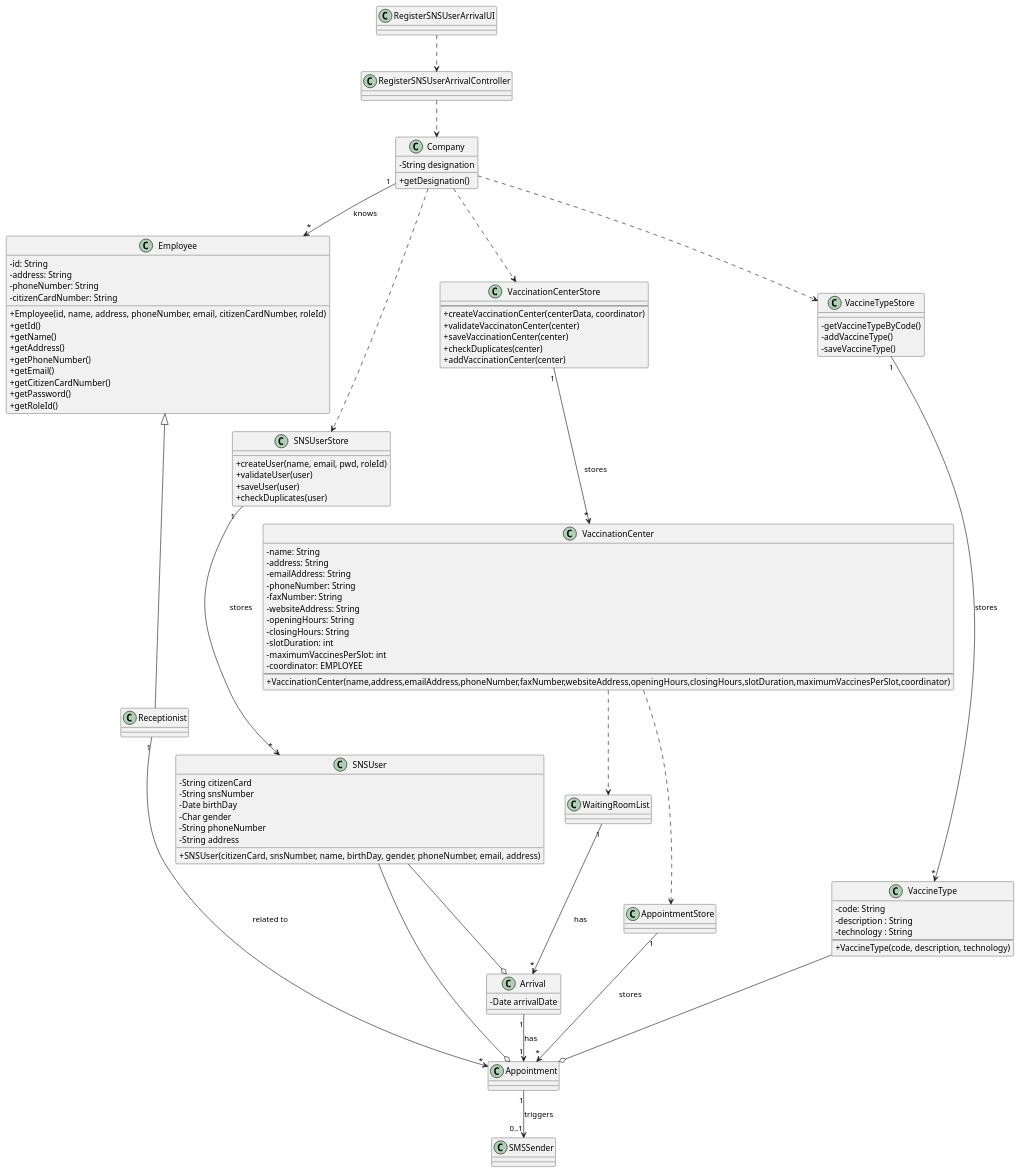
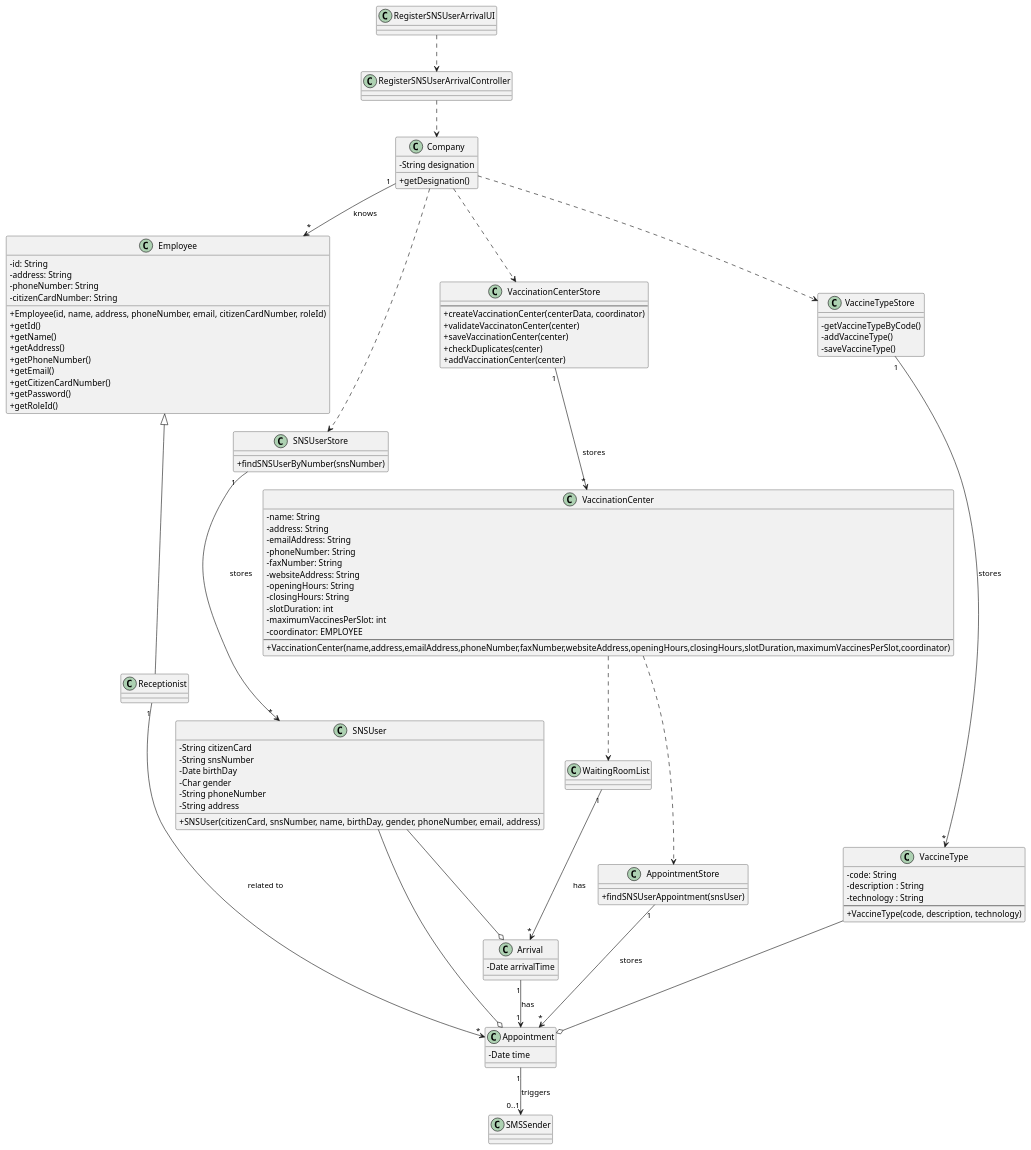
The diagram in docs/SprintC/US04/CD/US04_CD.puml (miseEnPlace-i/lapr2), drawn with PlantUML before and after one commit. The commit also changed 3 other files, not shown here.

```diff
--- a/docs/SprintC/US04/CD/US04_CD.puml
+++ b/docs/SprintC/US04/CD/US04_CD.puml
@@ -1,137 +1,138 @@
 @startuml US04_CD
 skinparam classAttributeIconSize 0
 
-class Appointment {}
+class Appointment {
+  - Date time
+}
 
-class AppointmentStore {}
+class AppointmentStore {
+  + findSNSUserAppointment(snsUser)
+}
 
 class Arrival {
-  - Date arrivalDate
+  - Date arrivalTime
 }
 
 class Company {
   - String designation
   + getDesignation()
 }
 
 class Employee {
   - id: String
   - address: String
   - phoneNumber: String
   - citizenCardNumber: String
   + Employee(id, name, address, phoneNumber, email, citizenCardNumber, roleId)
   + getId()
   + getName()
   + getAddress()
   + getPhoneNumber()
   + getEmail()
   + getCitizenCardNumber()
   + getPassword()
   + getRoleId()
 }
 
 class RegisterSNSUserArrivalUI {}
 
 class RegisterSNSUserArrivalController {}
 
 class SNSUser {
   - String citizenCard
   - String snsNumber
   - Date birthDay
   - Char gender
   - String phoneNumber
   - String address
   + SNSUser(citizenCard, snsNumber, name, birthDay, gender, phoneNumber, email, address)
 }
 
 class SNSUserStore {
-  + createUser(name, email, pwd, roleId)
-  + validateUser(user)
-  + saveUser(user)
-  + checkDuplicates(user)
+  + findSNSUserByNumber(snsNumber)
 }
 
 
 class Receptionist {}
 
 
 class SMSSender {}
 
 class VaccinationCenter {
   - name: String
   - address: String
   - emailAddress: String
   - phoneNumber: String
   - faxNumber: String
   - websiteAddress: String
   - openingHours: String
   - closingHours: String
   - slotDuration: int
   - maximumVaccinesPerSlot: int
   - coordinator: EMPLOYEE
   ---
   + VaccinationCenter(name,address,emailAddress,phoneNumber,faxNumber,websiteAddress,openingHours,closingHours,slotDuration,maximumVaccinesPerSlot,coordinator)
 }
 
 class VaccinationCenterStore {
   ---
   + createVaccinationCenter(centerData, coordinator)
   + validateVaccinatonCenter(center)
   + saveVaccinationCenter(center)
   + checkDuplicates(center)
   + addVaccinationCenter(center)
 }
 
 class VaccineType {
   - code: String
   - description : String
   - technology : String
   ---
   + VaccineType(code, description, technology)
 }
 
 class VaccineTypeStore {
   - getVaccineTypeByCode()
   - addVaccineType()
   - saveVaccineType()
 }
 
 class WaitingRoomList {}
 
 
 Appointment "1" --> "0..1" SMSSender : triggers
 
 AppointmentStore "1" --> "*" Appointment : stores
 
 Arrival "1" --> "1" Appointment : has
 
 Company ..> SNSUserStore
 Company ..> VaccinationCenterStore
 Company ..> VaccineTypeStore
 Company "1" --> "*" Employee : knows
 
 Employee <|-- Receptionist
 
 Receptionist "1" --> "*" Appointment : related to
 
 RegisterSNSUserArrivalController ..> Company
 
 RegisterSNSUserArrivalUI ..> RegisterSNSUserArrivalController
 
 SNSUser --o Arrival
 SNSUser --o Appointment
 
 SNSUserStore "1" --> "*" SNSUser : stores
 
 VaccinationCenter ..> WaitingRoomList
 VaccinationCenter ..> AppointmentStore
 
 VaccinationCenterStore "1" --> "*" VaccinationCenter : stores
 
 VaccineType --o Appointment
 
 VaccineTypeStore "1" --> "*" VaccineType : stores
 
 WaitingRoomList "1" --> "*" Arrival : has
 
 @enduml
```
